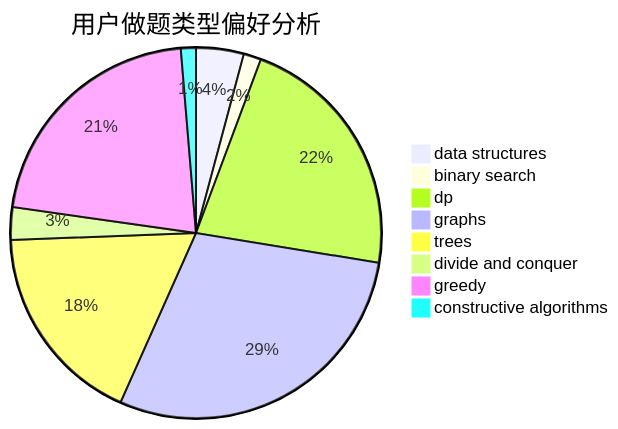
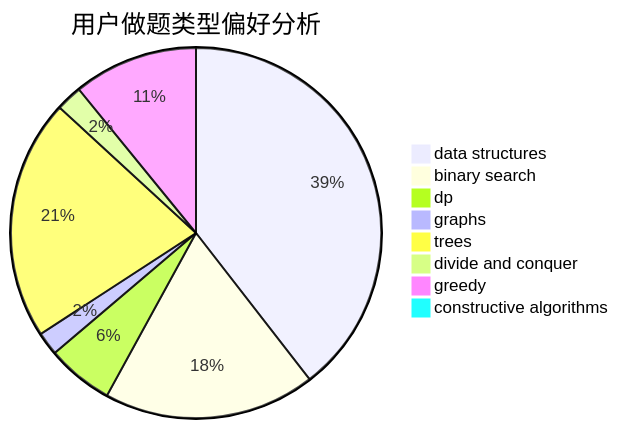
The second of 3 diagrams in docs/user/u519.md (sherpahu/cfrs.github.io), drawn with Mermaid before and after one commit. The commit also changed other lines of this file and 2770 other files, not shown here.

````diff
--- a/docs/user/u519.md
+++ b/docs/user/u519.md
@@ -23,11 +23,11 @@
 ```mermaid
 pie title 用户做题类型偏好分析
-    "data structures" :  19
-    "binary search" :  7
-    "dp" :  100
-    "graphs" :  133
-    "trees" :  81
-    "divide and conquer" :  13
-    "greedy" :  98
-    "constructive algorithms" :  6
+    "data structures" :  156
+    "binary search" :  73
+    "dp" :  23
+    "graphs" :  8
+    "trees" :  83
+    "divide and conquer" :  9
+    "greedy" :  43
+    "constructive algorithms" :  0
 ```
````
